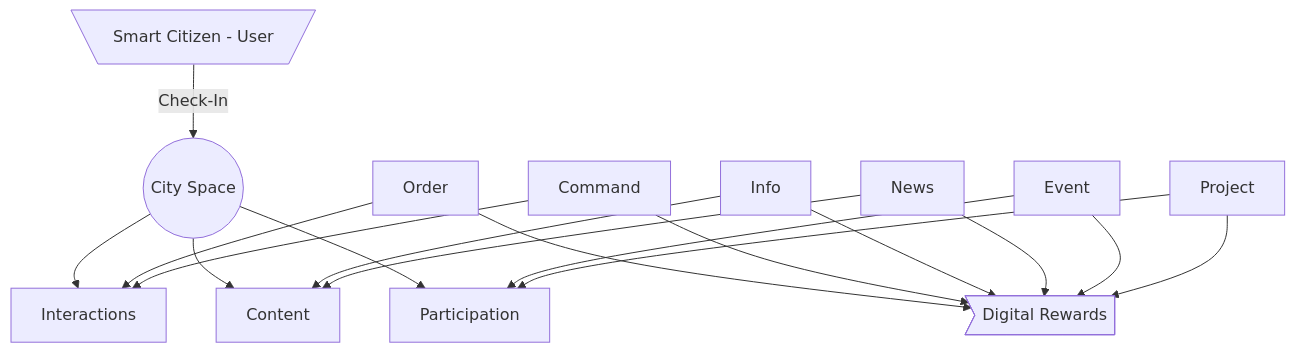
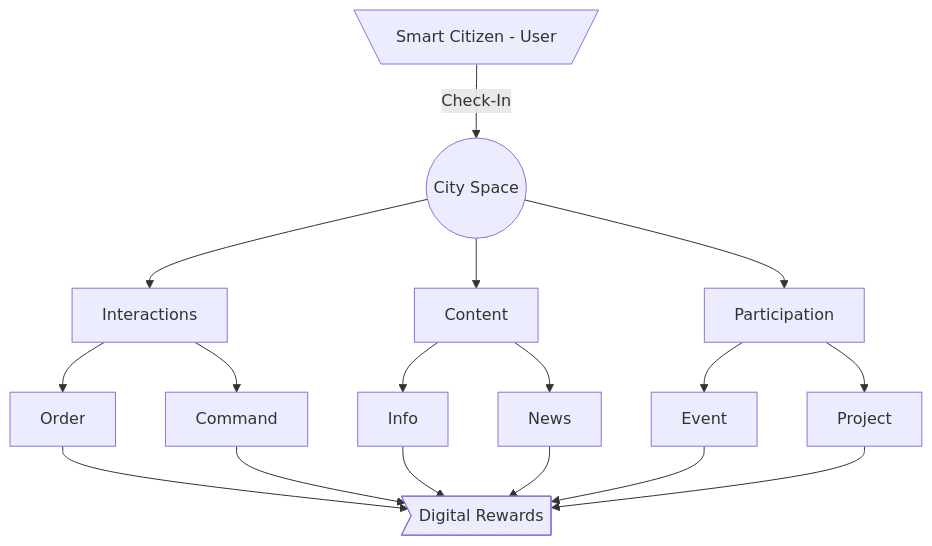
One commit to cityos-work/cityos-dev changed the second of 2 diagrams in pages/elements/city-spaces.md. Above: the diagram before and after it, drawn with Mermaid.

````diff
--- a/pages/elements/city-spaces.md
+++ b/pages/elements/city-spaces.md
@@ -33,20 +33,20 @@
 ```mermaid
 graph TB;
     U[\Smart Citizen - User/]-- Check-In -->CS((City Space));
     CS-->CSI[Interactions];
     CS-->CSC[Content];
     CS-->CSP[Participation];
     
-    ORDER[Order]-->CSI;
-    COMMAND[Command]-->CSI;
-    INFO[Info]-->CSC;
-    NEWS[News]-->CSC;
-    EVENT[Event]-->CSP;
-    PROJECT[Project]-->CSP;
+    CSI-->ORDER[Order];
+    CSI-->COMMAND[Command];
+    CSC-->INFO[Info];
+    CSC-->NEWS[News];
+    CSP-->EVENT[Event];
+    CSP-->PROJECT[Project];
     ORDER-->REWARD>Digital Rewards];
     COMMAND-->REWARD;
     INFO-->REWARD;
     NEWS-->REWARD;
     EVENT-->REWARD;
     PROJECT-->REWARD;
 ```
````
